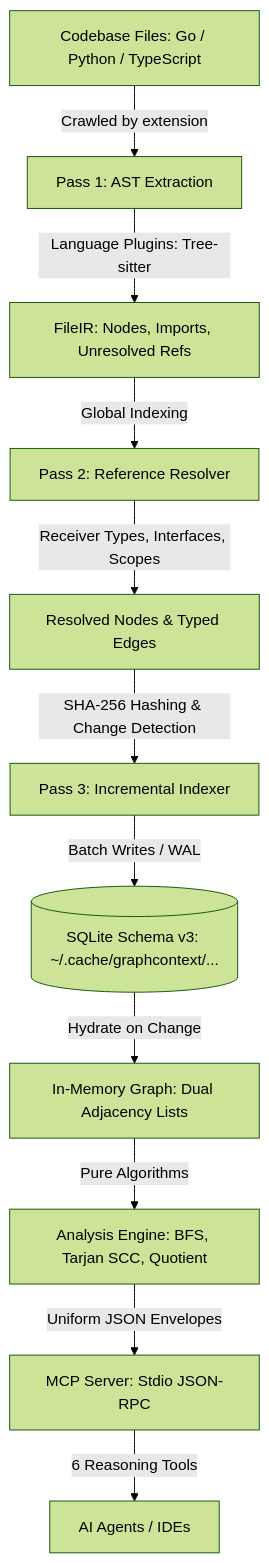
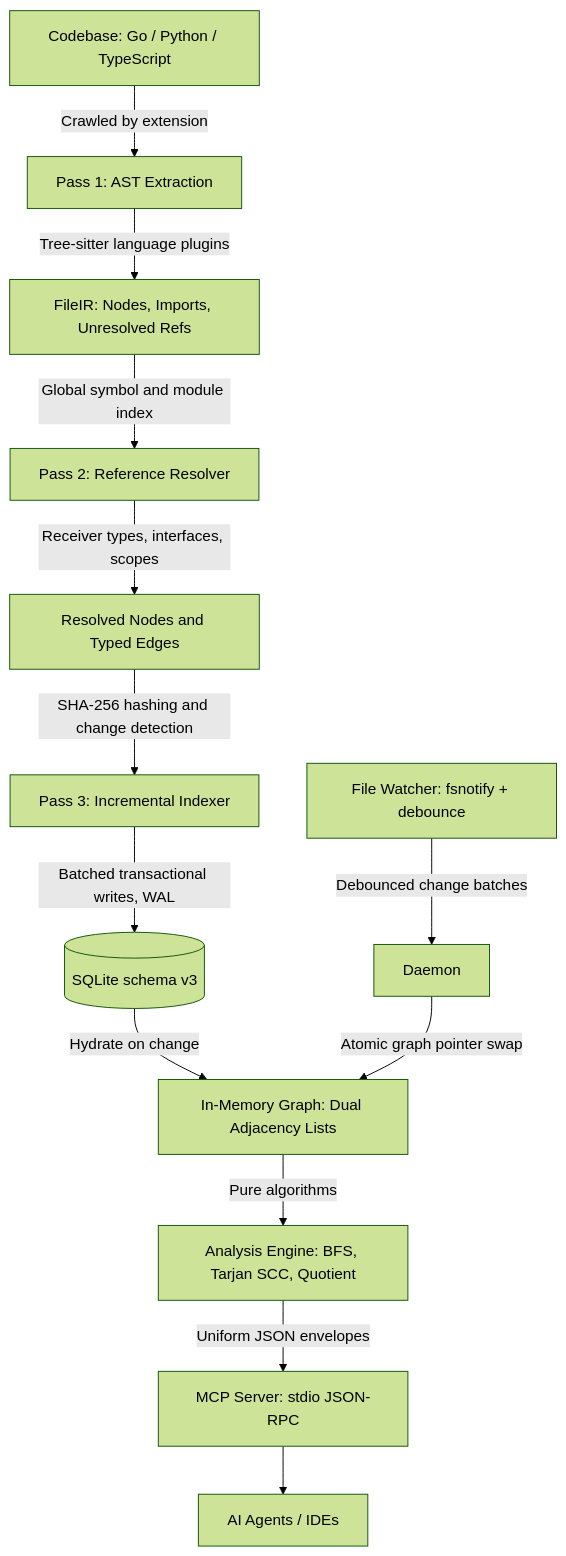
Before and after one commit to vedansh-5/graphContext: the diagram in README.md, drawn with Mermaid (forest theme). The commit also changed other lines of this file, not shown here.

````diff
--- a/README.md
+++ b/README.md
@@ -13,13 +98,15 @@
 ```mermaid
 graph TD
-    A[Codebase Files: Go / Python / TypeScript] -->|Crawled by extension| B[Pass 1: AST Extraction]
-    B -->|Language Plugins: Tree-sitter| C[FileIR: Nodes, Imports, Unresolved Refs]
-    C -->|Global Indexing| D[Pass 2: Reference Resolver]
-    D -->|Receiver Types, Interfaces, Scopes| E[Resolved Nodes & Typed Edges]
-    E -->|SHA-256 Hashing & Change Detection| F[Pass 3: Incremental Indexer]
-    F -->|Batch Writes / WAL| G[(SQLite Schema v3: ~/.cache/graphcontext/...)]
-    G -->|Hydrate on Change| H[In-Memory Graph: Dual Adjacency Lists]
-    H -->|Pure Algorithms| I[Analysis Engine: BFS, Tarjan SCC, Quotient]
-    I -->|Uniform JSON Envelopes| J[MCP Server: Stdio JSON-RPC]
-    J -->|6 Reasoning Tools| K[AI Agents / IDEs]
+    A[Codebase: Go / Python / TypeScript] -->|Crawled by extension| B[Pass 1: AST Extraction]
+    B -->|Tree-sitter language plugins| C[FileIR: Nodes, Imports, Unresolved Refs]
+    C -->|Global symbol and module index| D[Pass 2: Reference Resolver]
+    D -->|Receiver types, interfaces, scopes| E[Resolved Nodes and Typed Edges]
+    E -->|SHA-256 hashing and change detection| F[Pass 3: Incremental Indexer]
+    F -->|Batched transactional writes, WAL| G[(SQLite schema v3)]
+    G -->|Hydrate on change| H[In-Memory Graph: Dual Adjacency Lists]
+    H -->|Pure algorithms| I[Analysis Engine: BFS, Tarjan SCC, Quotient]
+    I -->|Uniform JSON envelopes| J[MCP Server: stdio JSON-RPC]
+    J --> K[AI Agents / IDEs]
+    L[File Watcher: fsnotify + debounce] -->|Debounced change batches| M[Daemon]
+    M -->|Atomic graph pointer swap| H
 ```
````
